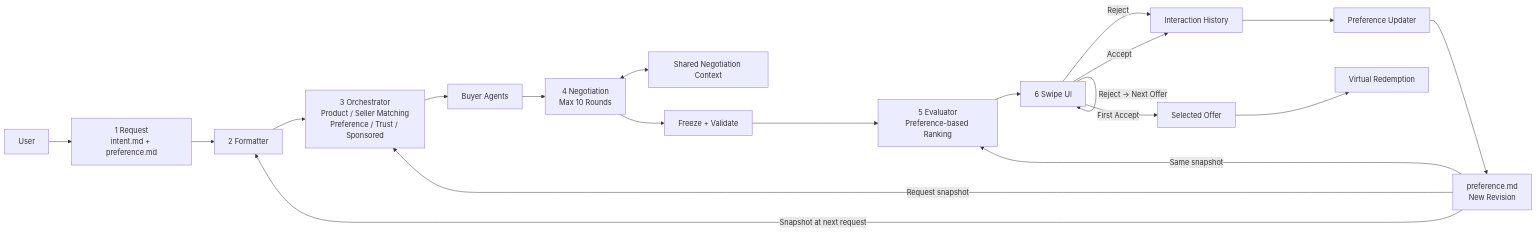
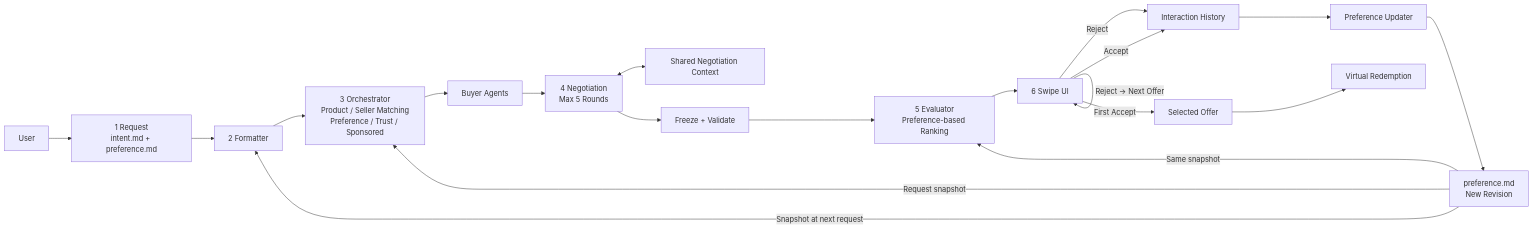
Before and after one commit to muen1019/TurnDeal: the sixth of 6 diagrams in docs/SYSTEM_DESIGN.md, drawn with Mermaid. The commit also changed other lines of this file and 3 other files, not shown here.

Commit message:
📝 Specify five sellers and five negotiation rounds

````diff
--- a/docs/SYSTEM_DESIGN.md
+++ b/docs/SYSTEM_DESIGN.md
@@ -2149,67 +2172,67 @@
 ```mermaid
 flowchart LR
 
     USER["User"]
 
     R["1 Request<br/>intent.md + preference.md"]
 
     F["2 Formatter"]
 
     O["3 Orchestrator<br/>Product / Seller Matching<br/>Preference / Trust / Sponsored"]
 
     BA["Buyer Agents"]
 
     SNC["Shared Negotiation Context"]
 
-    N["4 Negotiation<br/>Max 10 Rounds"]
+    N["4 Negotiation<br/>Max 5 Rounds"]
 
     V["Freeze + Validate"]
 
     E["5 Evaluator<br/>Preference-based Ranking"]
 
     UI["6 Swipe UI"]
 
     IH["Interaction History"]
 
     PU["Preference Updater"]
 
     P["preference.md<br/>New Revision"]
 
     A["Selected Offer"]
 
     RED["Virtual Redemption"]
 
     USER --> R
     R --> F
 
     P -->|"Snapshot at next request"| F
 
     F --> O
 
     O --> BA
     BA --> N
 
     N <--> SNC
 
     N --> V
 
     V --> E
 
     P -->|"Request snapshot"| O
     P -->|"Same snapshot"| E
 
     E --> UI
 
     UI -->|"Reject"| IH
     UI -->|"Accept"| IH
 
     IH --> PU
 
     PU --> P
 
     UI -->|"Reject → Next Offer"| UI
 
     UI -->|"First Accept"| A
 
     A --> RED
 ```
````
